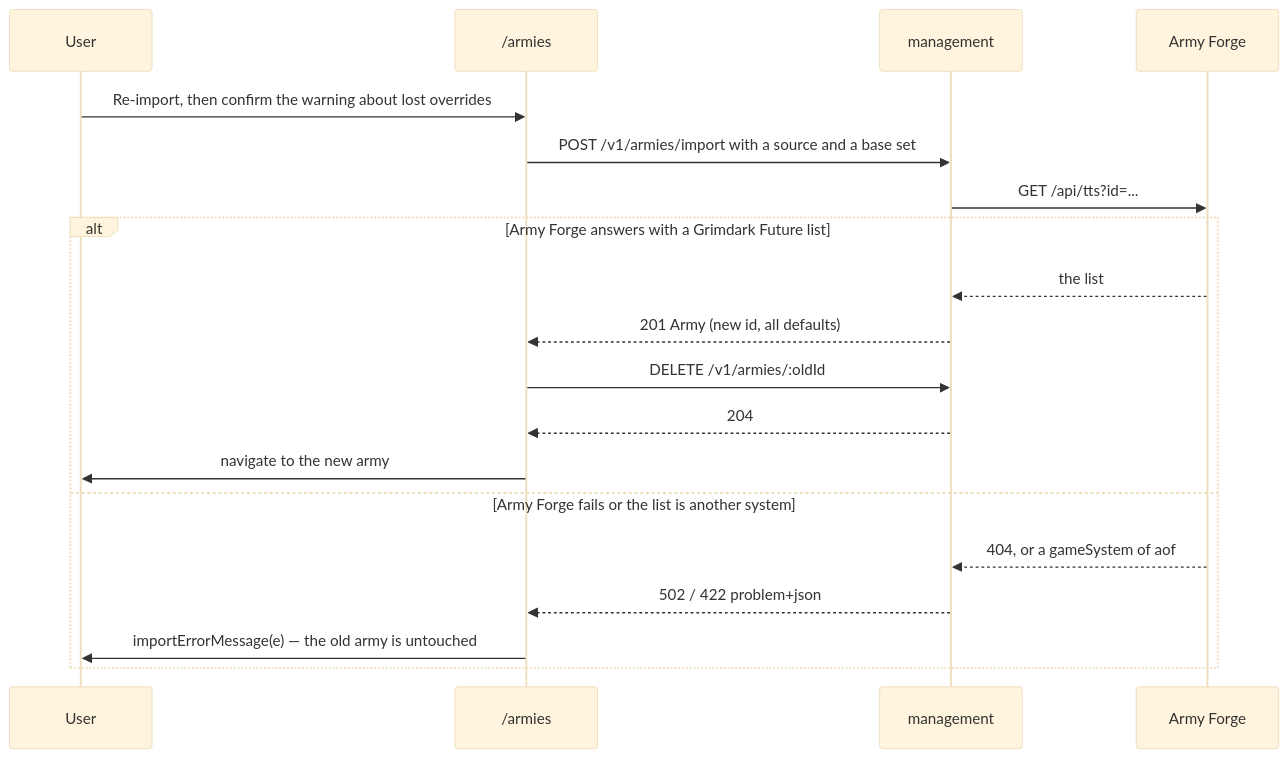
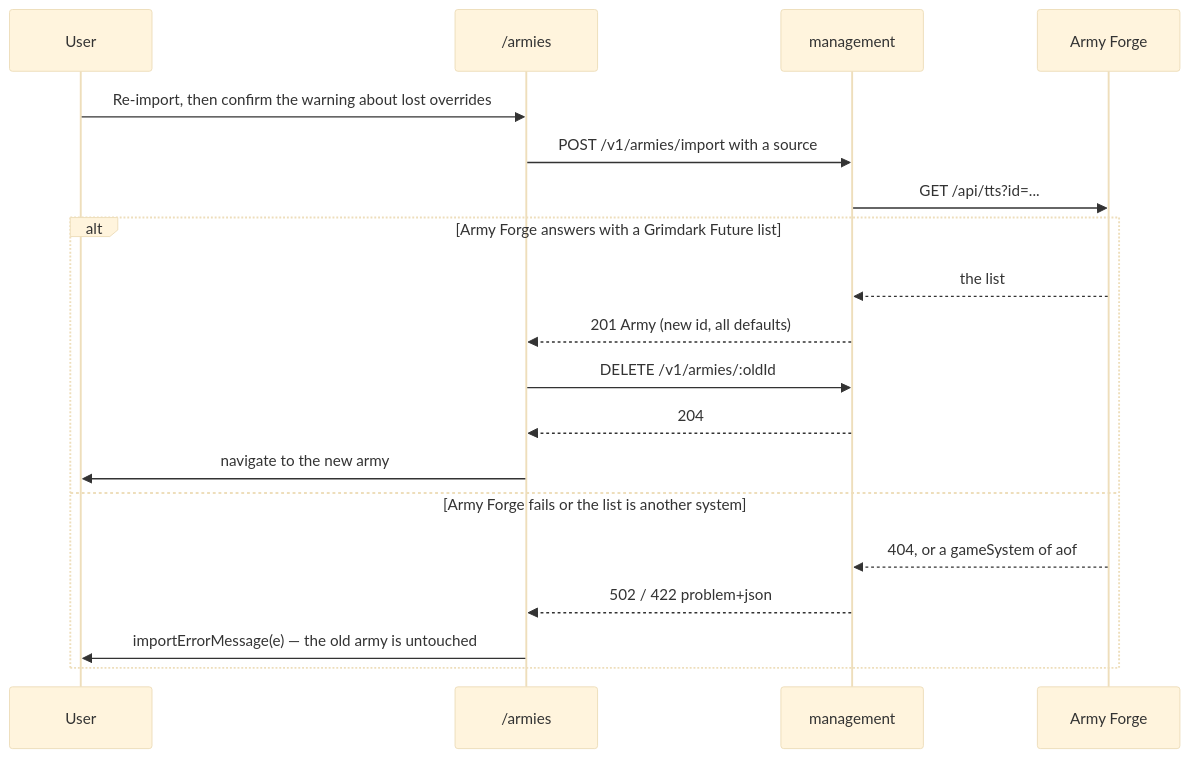
Diagram 11 of 13 in docs/design/web-app/design.md (cstupi/tabletop), drawn with Mermaid (base theme) before and after one commit. The commit also changed other lines of this file and 16 other files, not shown here.

First line of the commit message:
Import takes Army Forge's round base; drop the round/square choice

````diff
--- a/docs/design/web-app/design.md
+++ b/docs/design/web-app/design.md
@@ -1111,22 +1110,22 @@
 ```mermaid
 sequenceDiagram
     participant U as User
     participant P as /armies
     participant M as management
     participant F as Army Forge
 
     U->>P: Re-import, then confirm the warning about lost overrides
-    P->>M: POST /v1/armies/import with a source and a base set
+    P->>M: POST /v1/armies/import with a source
     M->>F: GET /api/tts?id=...
     alt Army Forge answers with a Grimdark Future list
         F-->>M: the list
         M-->>P: 201 Army (new id, all defaults)
         P->>M: DELETE /v1/armies/:oldId
         M-->>P: 204
         P->>U: navigate to the new army
     else Army Forge fails or the list is another system
         F-->>M: 404, or a gameSystem of aof
         M-->>P: 502 / 422 problem+json
         P->>U: importErrorMessage(e) — the old army is untouched
     end
 ```
````
